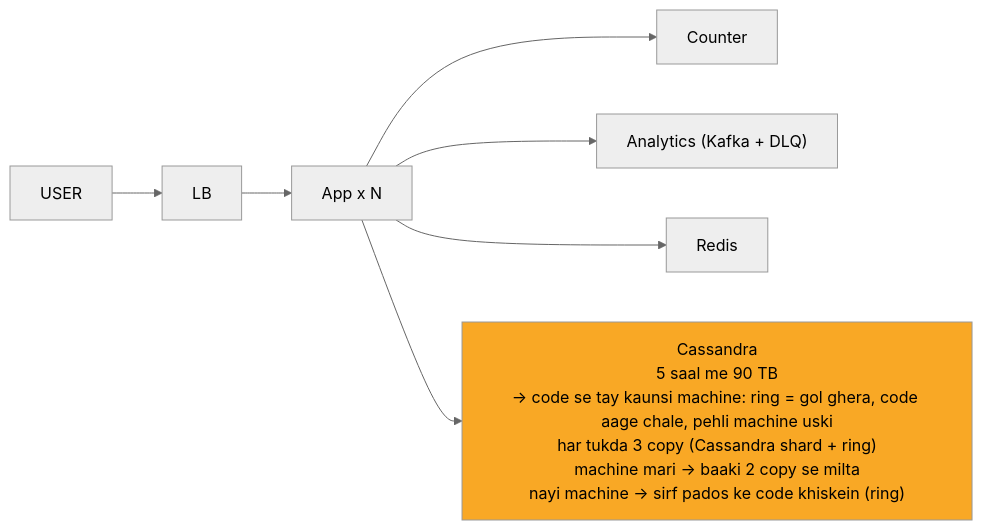
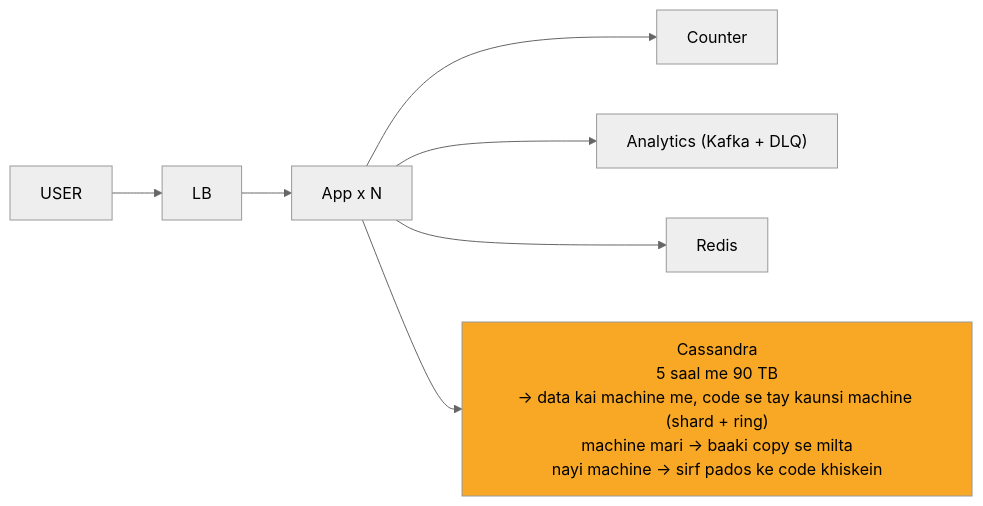
The diagram in 04_HLD/SYSTEM_DESIGNS/01_url_shortener/img/c5.mmd (ArpanMaheshwari144/Prep), drawn with Mermaid (neutral theme) before and after one commit. The commit also changed 64 other files, not shown here.

```diff
--- a/04_HLD/SYSTEM_DESIGNS/01_url_shortener/img/c5.mmd
+++ b/04_HLD/SYSTEM_DESIGNS/01_url_shortener/img/c5.mmd
@@ -1,16 +1,16 @@
 %%{init: {"flowchart": {"wrappingWidth": 450}}}%%
 flowchart LR
     n_USER["USER"]
     n_LB["LB"]
     n_App_xN["App x N"]
     n_Counter["Counter"]
     n_ANA["Analytics (Kafka + DLQ)"]
     n_Redis["Redis"]
-    n_Cassandra["Cassandra<br/>5 saal me 90 TB<br/>-> code se tay kaunsi machine: ring = gol ghera, code aage chale, pehli machine uski<br/>har tukda 3 copy (Cassandra shard + ring)<br/>machine mari -> baaki 2 copy se milta<br/>nayi machine -> sirf pados ke code khiskein (ring)"]
+    n_Cassandra["Cassandra<br/>5 saal me 90 TB<br/>-> data kai machine me, code se tay kaunsi machine (shard + ring)<br/>machine mari -> baaki copy se milta<br/>nayi machine -> sirf pados ke code khiskein"]
     n_USER --> n_LB
     n_LB --> n_App_xN
     n_App_xN --> n_Counter
     n_App_xN --> n_ANA
     n_App_xN --> n_Redis
     n_App_xN --> n_Cassandra
     style n_Cassandra fill:#f9a825,color:#000
```
